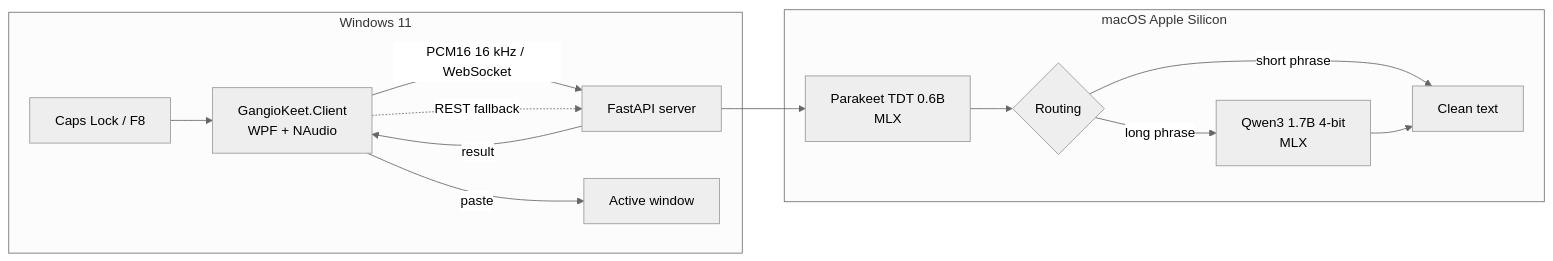
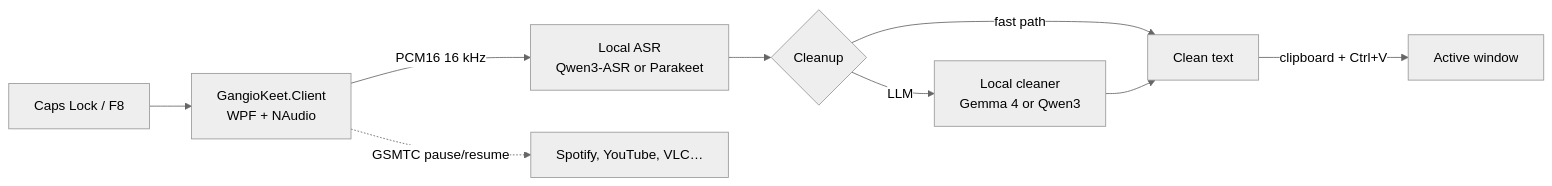
The diagram in README.md (hal9ooo/GangioKeet), drawn with Mermaid (neutral theme) before and after one commit. The commit also changed other lines of this file and 13 other files, not shown here.

Commit message:
docs: document Windows-only local setup

````diff
--- a/README.md
+++ b/README.md
@@ -118,19 +57,11 @@
 ```mermaid
 flowchart LR
-  subgraph W["Windows 11"]
-    HK["Caps Lock / F8"] --> CL["GangioKeet.Client<br/>WPF + NAudio"]
-    CL -->|PCM16 16 kHz / WebSocket| SRV["FastAPI server"]
-    CL -.->|REST fallback| SRV
-    CL -->|paste| APP["Active window"]
-  end
-
-  subgraph M["macOS Apple Silicon"]
-    SRV --> STT["Parakeet TDT 0.6B<br/>MLX"]
-    STT --> ROUTE{"Routing"}
-    ROUTE -->|short phrase| TXT["Clean text"]
-    ROUTE -->|long phrase| LLM["Qwen3 1.7B 4-bit<br/>MLX"]
-    LLM --> TXT
-  end
-
-  SRV -->|result| CL
+  HK["Caps Lock / F8"] --> CL["GangioKeet.Client<br/>WPF + NAudio"]
+  CL -->|PCM16 16 kHz| STT["Local ASR<br/>Qwen3-ASR or Parakeet"]
+  STT --> ROUTE{"Cleanup"}
+  ROUTE -->|fast path| TXT["Clean text"]
+  ROUTE -->|LLM| LLM["Local cleaner<br/>Gemma 4 or Qwen3"]
+  LLM --> TXT
+  TXT -->|clipboard + Ctrl+V| APP["Active window"]
+  CL -.->|GSMTC pause/resume| MEDIA["Spotify, YouTube, VLC…"]
 ```
````
